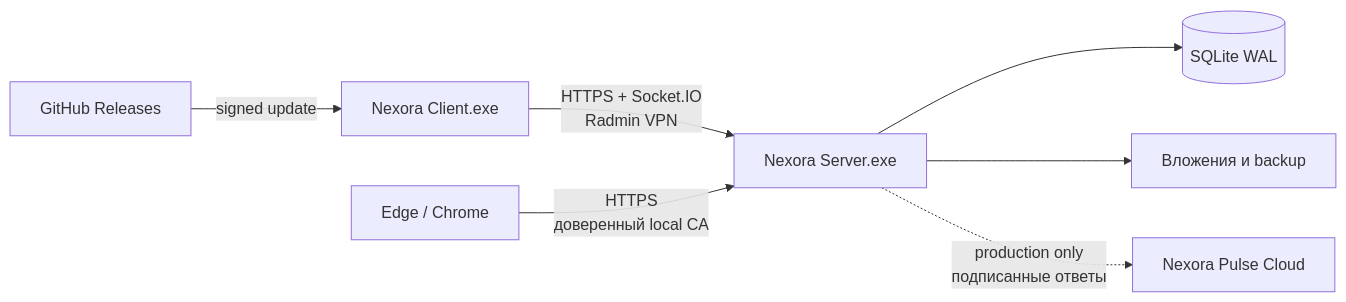
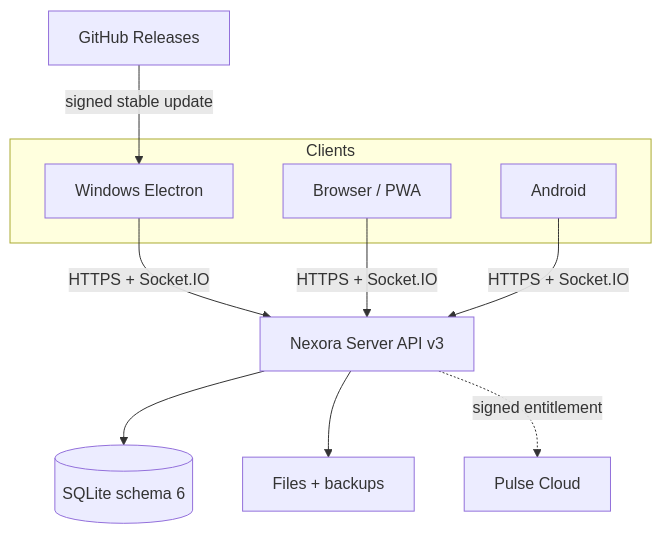
One commit to Onmaynec/Nexora changed the diagram in README.md. Above: the diagram before and after it, drawn with Mermaid. The commit also changed other lines of this file and 72 other files, not shown here.

````diff
--- a/README.md
+++ b/README.md
@@ -34,9 +32,15 @@
 ```mermaid
-flowchart LR
-  C[Nexora Client.exe] -->|HTTPS + Socket.IO<br/>Radmin VPN| S[Nexora Server.exe]
-  B[Edge / Chrome] -->|HTTPS<br/>доверенный local CA| S
-  S --> DB[(SQLite WAL)]
-  S --> FS[Вложения и backup]
-  S -. production only<br/>подписанные ответы .-> P[Nexora Pulse Cloud]
-  G[GitHub Releases] -->|signed update| C
+flowchart TB
+  subgraph Clients
+    W["Windows Electron"]
+    P["Browser / PWA"]
+    A["Android"]
+  end
+  W -->|"HTTPS + Socket.IO"| S["Nexora Server API v3"]
+  P -->|"HTTPS + Socket.IO"| S
+  A -->|"HTTPS + Socket.IO"| S
+  S --> D[("SQLite schema 6")]
+  S --> F["Files + backups"]
+  S -. "signed entitlement" .-> C["Pulse Cloud"]
+  G["GitHub Releases"] -->|"signed stable update"| W
 ```
````
